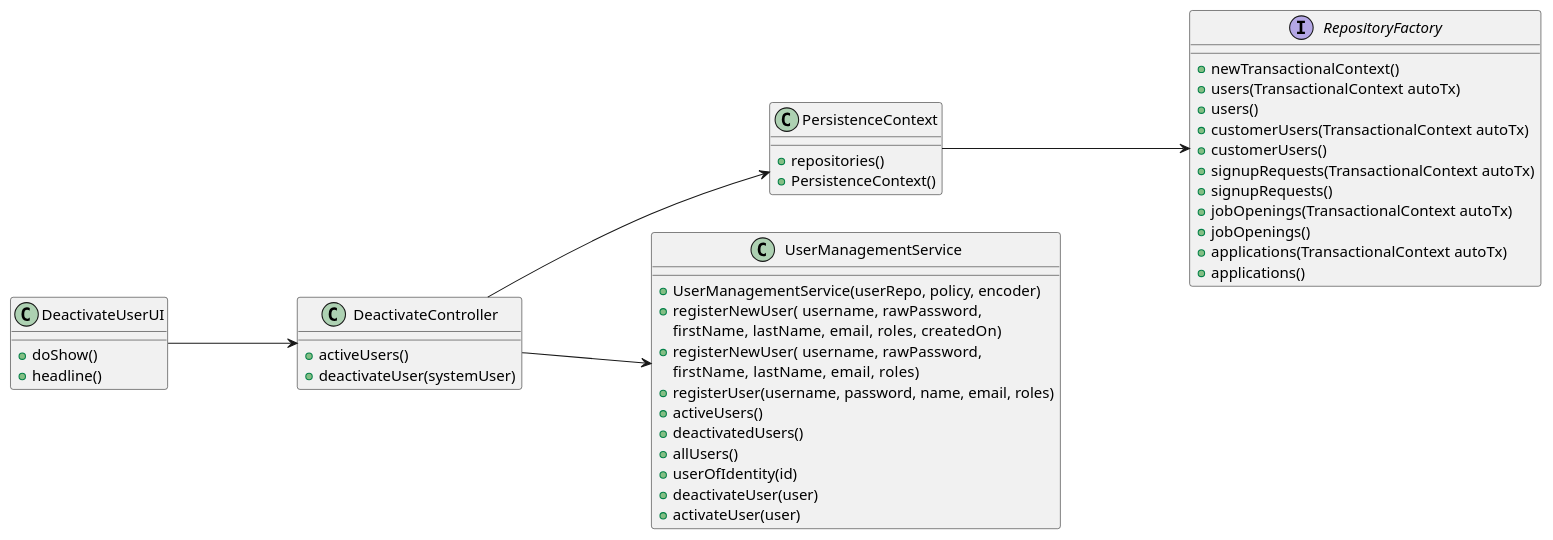
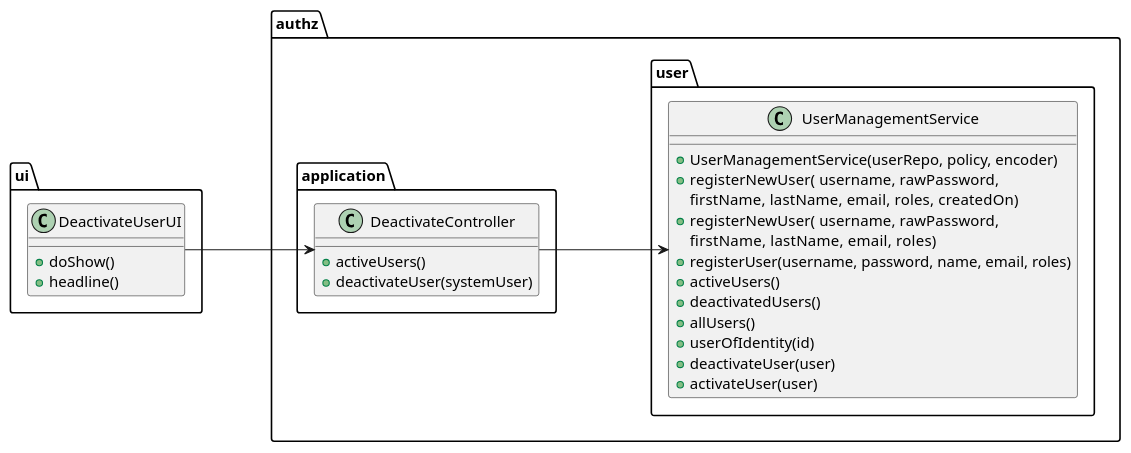
The diagram in docs/SprintB/deactivate-a-user/class-diagram.puml (MiguelCardoso77/LAPR4), drawn with PlantUML before and after one commit. The commit also changed 25 other files, not shown here.

```diff
--- a/docs/SprintB/deactivate-a-user/class-diagram.puml
+++ b/docs/SprintB/deactivate-a-user/class-diagram.puml
@@ -1,58 +1,43 @@
 @startuml
 'skinparam linetype ortho
 left to right direction
 
+package "ui" {
 class DeactivateUserUI {
     + doShow()
     + headline()
 }
+}
 
+package "authz"{
+package "application" {
 class DeactivateController {
     + activeUsers()
     + deactivateUser(systemUser)
 }
-
-interface RepositoryFactory {
-    + newTransactionalContext()
-    + users(TransactionalContext autoTx)
-    + users()
-    + customerUsers(TransactionalContext autoTx)
-    + customerUsers()
-    + signupRequests(TransactionalContext autoTx)
-    + signupRequests()
-    + jobOpenings(TransactionalContext autoTx)
-    + jobOpenings()
-    + applications(TransactionalContext autoTx)
-    + applications()
 }
 
-class PersistenceContext {
-    + repositories()
-    + PersistenceContext()
-}
-
+package "user"  {
 class UserManagementService {
     + UserManagementService(userRepo, policy, encoder)
     + registerNewUser( username,  rawPassword,
     firstName,  lastName,  email, roles, createdOn)
     + registerNewUser( username,  rawPassword,
     firstName,  lastName,  email, roles)
     + registerUser(username, password, name, email, roles)
     + activeUsers()
     + deactivatedUsers()
     + allUsers()
     + userOfIdentity(id)
     + deactivateUser(user)
     + activateUser(user)
 }
+}
+}
 
 DeactivateUserUI ---> DeactivateController
 
 DeactivateController ---> UserManagementService
 
-DeactivateController ---> PersistenceContext
-
-
-PersistenceContext ---> RepositoryFactory
 
 @enduml
```
